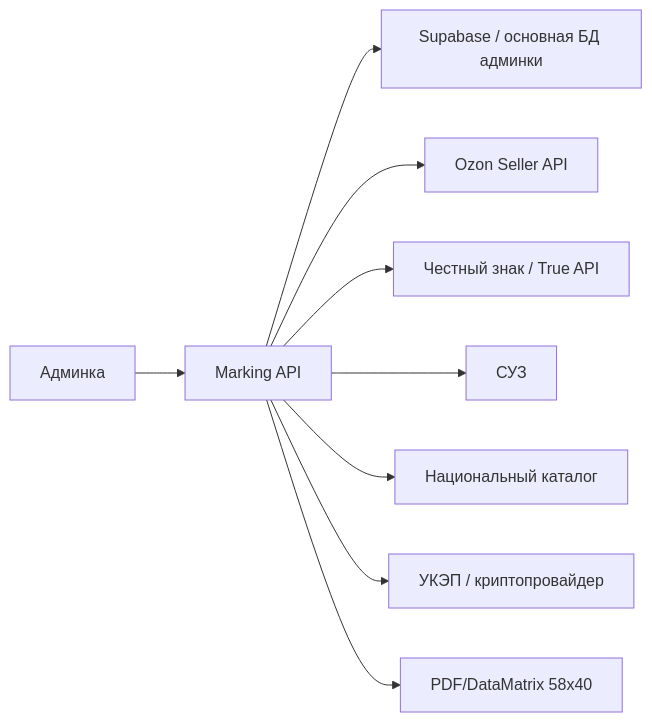
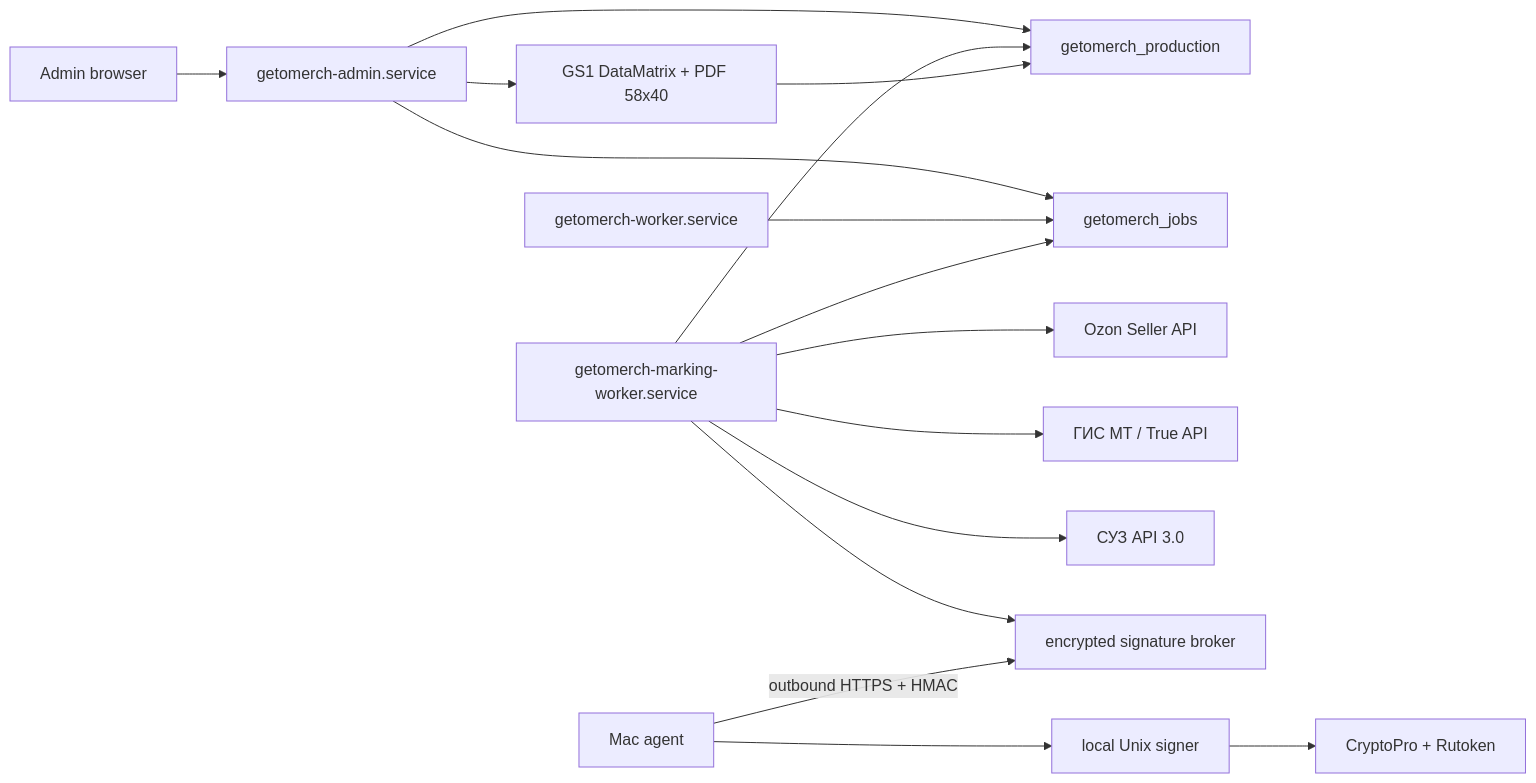
The diagram in docs/chestny-znak-ozon/FLOW.md (Magnum113/GetoMerchV3), drawn with Mermaid before and after one commit. The commit also changed other lines of this file and 259 other files, not shown here.

````diff
--- a/docs/chestny-znak-ozon/FLOW.md
+++ b/docs/chestny-znak-ozon/FLOW.md
@@ -66,11 +315,20 @@
 ```mermaid
 flowchart LR
-  Admin["Админка"] --> MarkingApi["Marking API"]
-  MarkingApi --> DB["Supabase / основная БД админки"]
-  MarkingApi --> Ozon["Ozon Seller API"]
-  MarkingApi --> CRPT["Честный знак / True API"]
-  MarkingApi --> SUZ["СУЗ"]
-  MarkingApi --> NC["Национальный каталог"]
-  MarkingApi --> Signer["УКЭП / криптопровайдер"]
-  MarkingApi --> Labels["PDF/DataMatrix 58x40"]
+  Browser["Admin browser"] --> Web["getomerch-admin.service"]
+  Web --> DB["getomerch_production"]
+  Web --> Queue["getomerch_jobs"]
+
+  OzonWorker["getomerch-worker.service"] --> Queue
+  MarkWorker["getomerch-marking-worker.service"] --> Queue
+  MarkWorker --> DB
+  MarkWorker --> Ozon["Ozon Seller API"]
+  MarkWorker --> CRPT["ГИС МТ / True API"]
+  MarkWorker --> SUZ["СУЗ API 3.0"]
+  MarkWorker --> Broker["encrypted signature broker"]
+  MacAgent["Mac agent"] -->|"outbound HTTPS + HMAC"| Broker
+  MacAgent --> MacSigner["local Unix signer"]
+  MacSigner --> Rutoken["CryptoPro + Rutoken"]
+
+  Web --> Renderer["GS1 DataMatrix + PDF 58x40"]
+  Renderer --> DB
 ```
````
